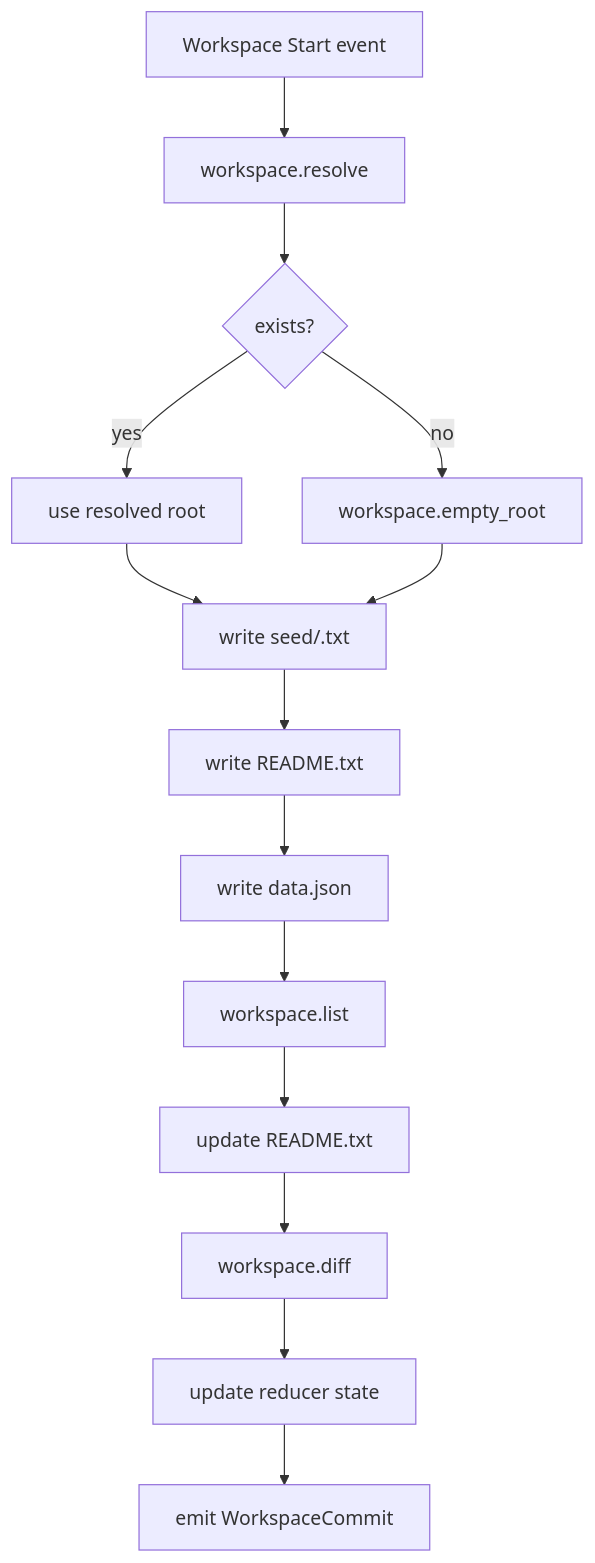
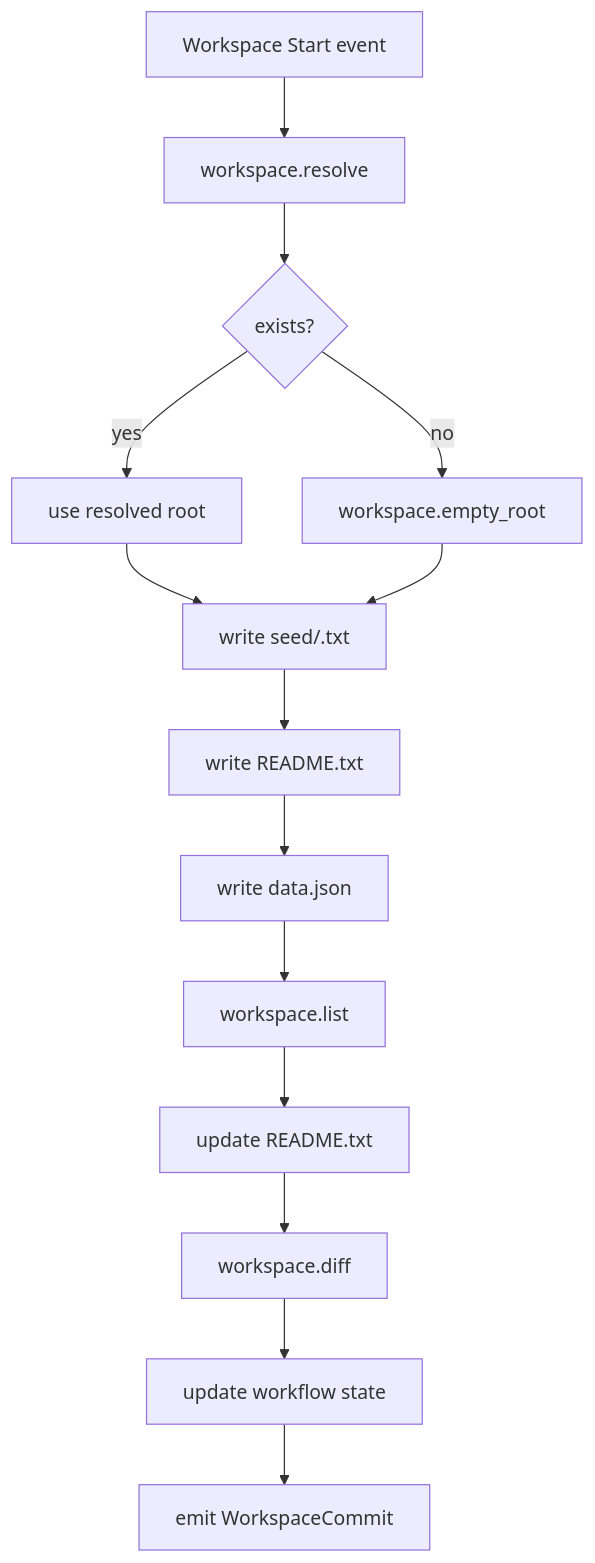
Before and after one commit to smartcomputer-ai/agent-os: the diagram in crates/aos-smoke/fixtures/09-workspaces/README.md, drawn with Mermaid. The commit also changed 271 other files, not shown here.

````diff
--- a/crates/aos-smoke/fixtures/09-workspaces/README.md
+++ b/crates/aos-smoke/fixtures/09-workspaces/README.md
@@ -8,16 +8,16 @@
 ```mermaid
 flowchart TD
   A[Workspace Start event] --> B[workspace.resolve]
   B --> C{exists?}
   C -->|yes| D[use resolved root]
   C -->|no| E[workspace.empty_root]
   D --> F[write seed/<workspace>.txt]
   E --> F
   F --> G[write README.txt]
   G --> H[write data.json]
   H --> I[workspace.list]
   I --> J[update README.txt]
   J --> K[workspace.diff]
-  K --> L[update reducer state]
+  K --> L[update workflow state]
   L --> M[emit WorkspaceCommit]
 ```
````
